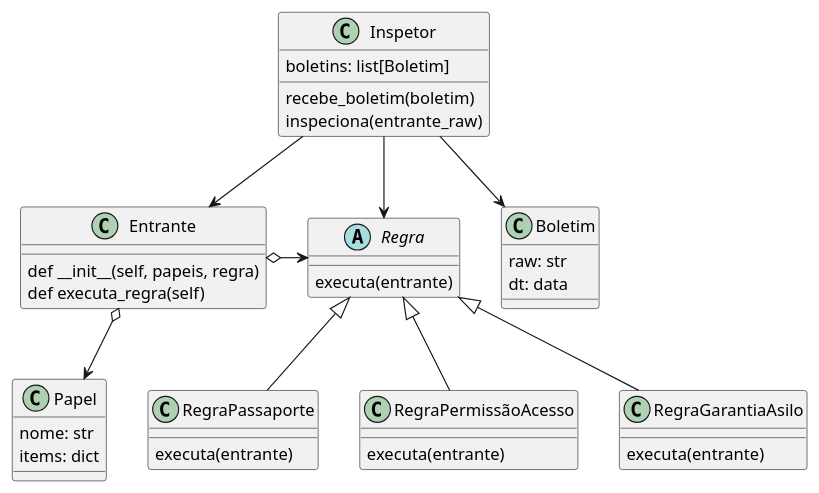
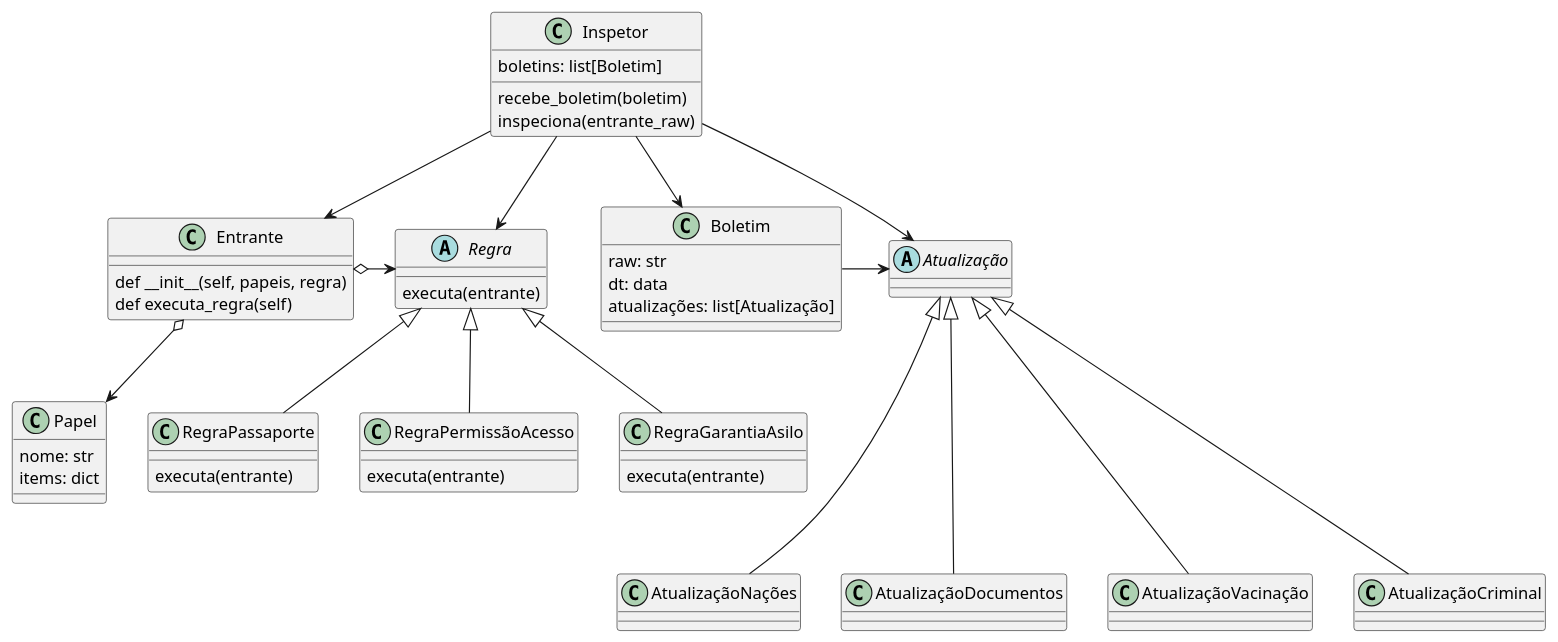
The diagram in strategy.pu (ralphribeiro/papers_please), drawn with PlantUML before and after one commit. The commit also changed 2 other files, not shown here.

```diff
--- a/strategy.pu
+++ b/strategy.pu
@@ -1,48 +1,65 @@
 @startuml
 
 class Entrante{
     def __init__(self, papeis, regra)
     def executa_regra(self)
 }
 
 abstract Regra{
     executa(entrante)
 
 }
 
 class Papel{
     nome: str
     items: dict
 }
 
 class RegraPassaporte{
     executa(entrante)
 }
 class RegraPermissãoAcesso{
     executa(entrante)
 }
 class RegraGarantiaAsilo{
     executa(entrante)
 }
 
 class Boletim{
     raw: str
     dt: data
+    atualizações: list[Atualização]
 }
+
+abstract Atualização
+class AtualizaçãoNações
+class AtualizaçãoDocumentos
+class AtualizaçãoVacinação
+class AtualizaçãoCriminal
+
+
 
 class Inspetor{
     boletins: list[Boletim]
     recebe_boletim(boletim)
     inspeciona(entrante_raw)
 }
 
 Inspetor --> Entrante
 Inspetor --> Regra
 Inspetor --> Boletim
+Inspetor --> Atualização
 
 Entrante o-> Regra
 Entrante o--> Papel
 Regra <|-- RegraPassaporte
 Regra <|-- RegraPermissãoAcesso
 Regra <|-- RegraGarantiaAsilo
+
+Atualização <|--- AtualizaçãoNações
+Atualização <|--- AtualizaçãoDocumentos
+Atualização <|--- AtualizaçãoVacinação
+Atualização <|--- AtualizaçãoCriminal
+
+Boletim -> Atualização
 @enduml
```
